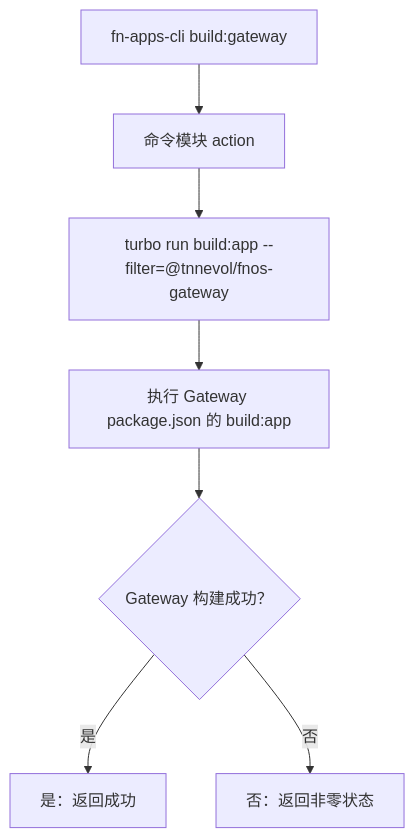
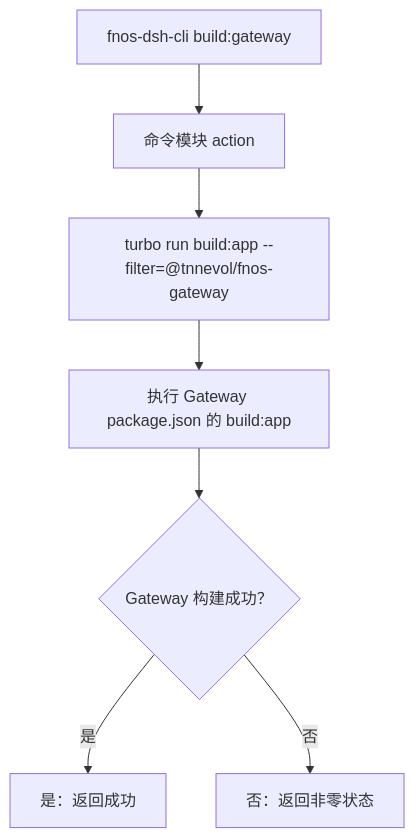
The third of 3 diagrams in docs/development/cli-commands.md (FNOSP/fnos-dsh), drawn with Mermaid before and after one commit. The commit also changed other lines of this file and 50 other files, not shown here.

````diff
--- a/docs/development/cli-commands.md
+++ b/docs/development/cli-commands.md
@@ -76,14 +76,14 @@
 ```mermaid
 flowchart TD
-  command["fn-apps-cli build:gateway"]
+  command["fnos-dsh-cli build:gateway"]
   cli["命令模块 action"]
   turbo["turbo run build:app --filter=@tnnevol/fnos-gateway"]
   gateway["执行 Gateway package.json 的 build:app"]
   status{"Gateway 构建成功？"}
   result["是：返回成功"]
   fail["否：返回非零状态"]
 
   command --> cli --> turbo --> gateway --> status
   status -->|是| result
   status -->|否| fail
 ```
````
